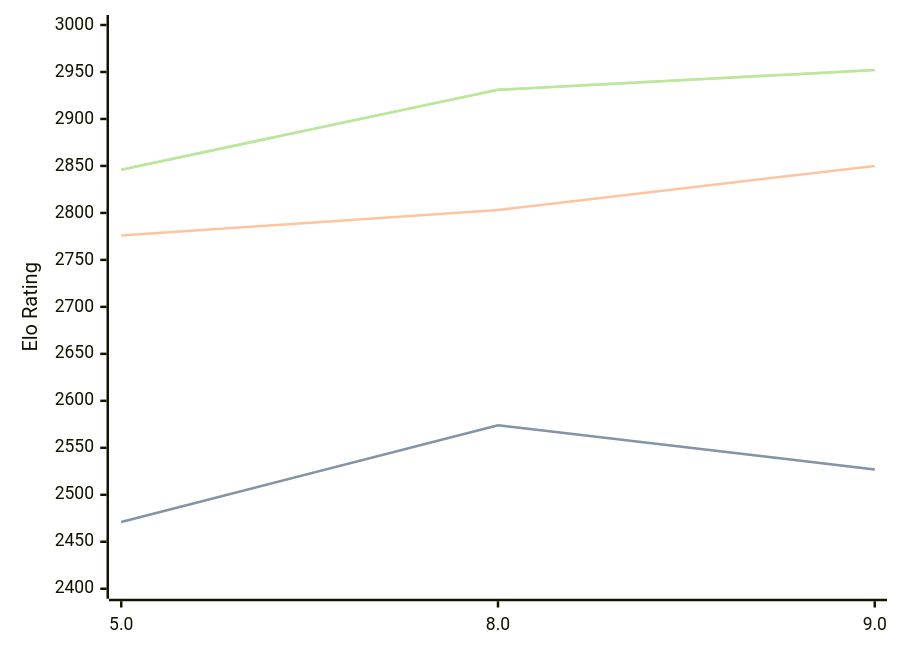
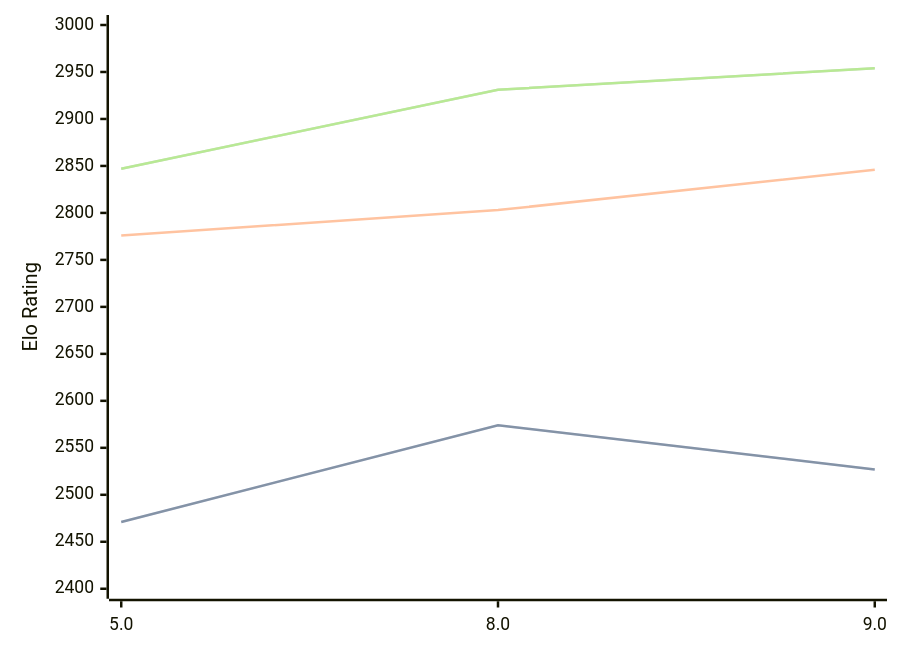
One commit to computer-chess-index/cci changed the diagram in engines/4kc.md. Above: the diagram before and after it, drawn with Mermaid. The commit also changed other lines of this file, not shown here.

Commit message:
Update CCI Ratings (ELO VLTC) - 2026-07-19

````diff
--- a/engines/4kc.md
+++ b/engines/4kc.md
@@ -42,11 +42,11 @@
 ```mermaid
 %%{init: {"theme":"base","themeVariables":{"seriesColors:['#a3a3a3','#222221','#faa371']}}}%%
 xychart-beta
   x-axis ["5.0", "8.0", "9.0"]
   y-axis "Elo Rating" 2400 --> 3000
   line "STC (8.0+0.08s)" [2471, 2574, 2527]
   line "STC (8.0+0.08s)" [2471, 2574, 2527]
-  line "LTC (60.0+0.60s)" [2776, 2803, 2850]
-  line "VLTC (2m24s+1.12s)" [2846, 2931, 2952]
-  line "VLTC (2m24s+1.12s)" [2846, 2931, 2952]
+  line "LTC (60.0+0.60s)" [2776, 2803, 2846]
+  line "VLTC (2m24s+1.12s)" [2847, 2931, 2954]
+  line "VLTC (2m24s+1.12s)" [2847, 2931, 2954]
 ```
````
